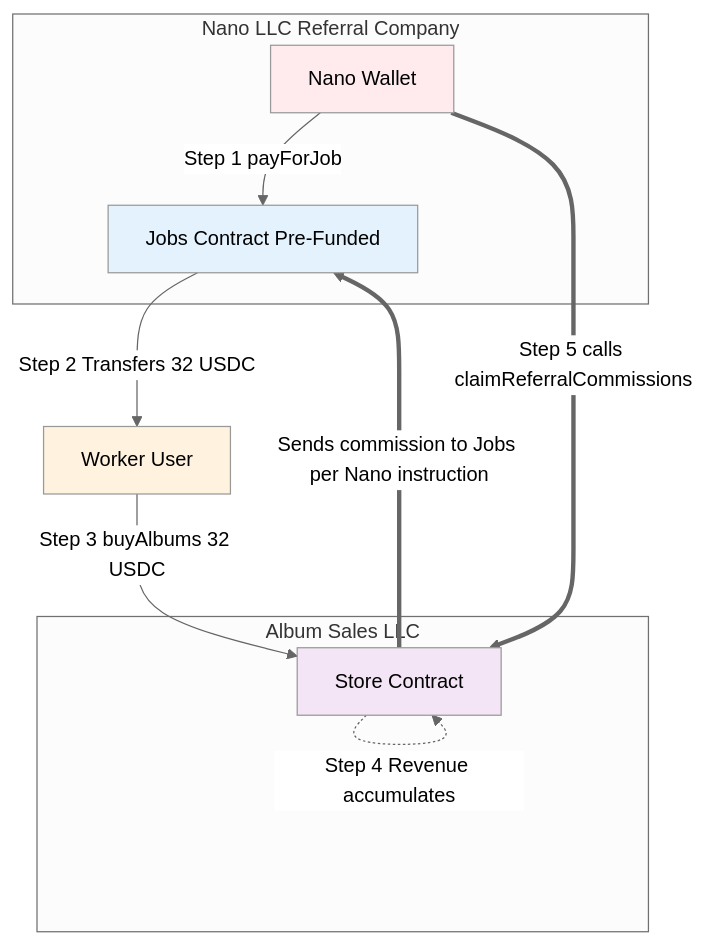
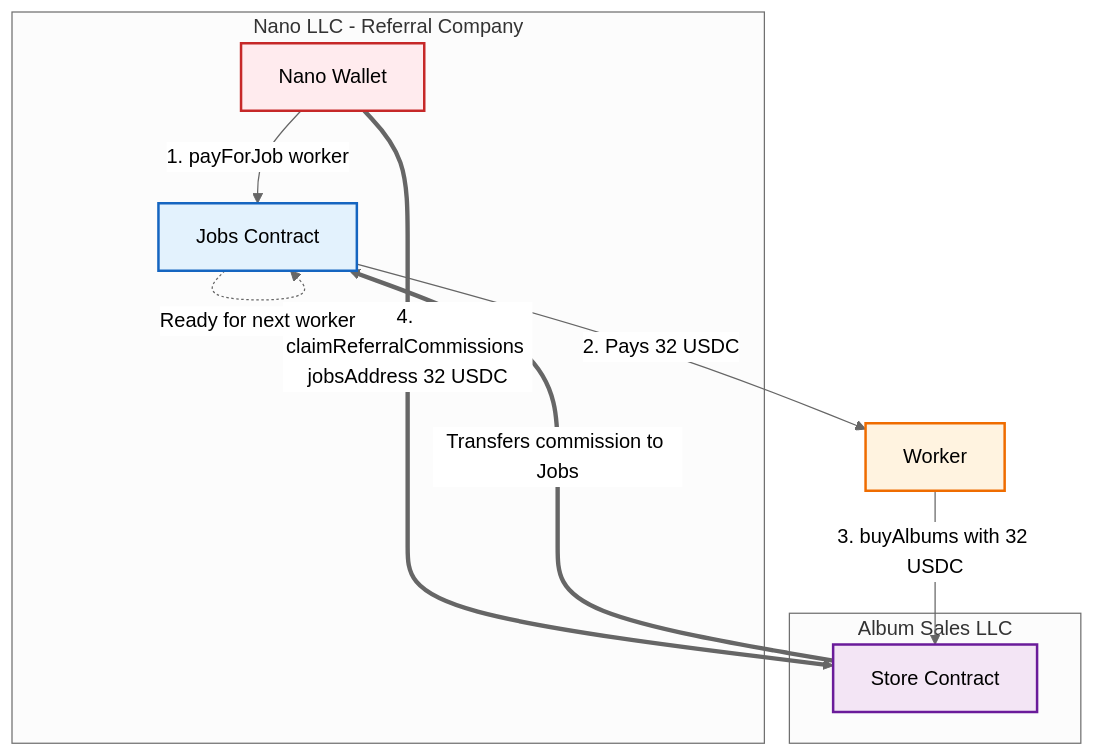
One commit to rowhq/hitmachine changed the diagram in SIMPLE_FLOW.md. Above: the diagram before and after it, drawn with Mermaid (neutral theme).

Commit message:
improve: Simplify and clarify the flow diagram
- Removed redundant 'Revenue accumulates' self-loop
- Simplified step numbering (removed 'Step' prefix)
- Made commission claim more explicit with parameters
- Added subtle 'Ready for next worker' indicator
- Enhanced styling with borders for better visibility
- Cleaner, more professional appearance

````diff
--- a/SIMPLE_FLOW.md
+++ b/SIMPLE_FLOW.md
@@ -19,25 +19,25 @@
 ```mermaid
 flowchart TB
-    subgraph NanoCompany[Nano LLC Referral Company]
+    subgraph NanoLLC[Nano LLC - Referral Company]
         NanoWallet[Nano Wallet]
-        JobsContract[Jobs Contract Pre-Funded]
+        JobsContract[Jobs Contract]
     end
     
-    subgraph AlbumCompany[Album Sales LLC]
+    subgraph AlbumSalesLLC[Album Sales LLC]
         StoreContract[Store Contract]
     end
     
-    Worker[Worker User]
+    Worker[Worker]
     
-    NanoWallet -->|Step 1 payForJob| JobsContract
-    JobsContract -->|Step 2 Transfers 32 USDC| Worker
-    Worker -->|Step 3 buyAlbums 32 USDC| StoreContract
-    StoreContract -.->|Step 4 Revenue accumulates| StoreContract
-    NanoWallet ==>|Step 5 calls claimReferralCommissions| StoreContract
-    StoreContract ==>|Sends commission to Jobs per Nano instruction| JobsContract
+    NanoWallet -->|1. payForJob worker| JobsContract
+    JobsContract -->|2. Pays 32 USDC| Worker
+    Worker -->|3. buyAlbums with 32 USDC| StoreContract
+    NanoWallet ==>|4. claimReferralCommissions jobsAddress 32 USDC| StoreContract
+    StoreContract ==>|Transfers commission to Jobs| JobsContract
+    JobsContract -.->|Ready for next worker| JobsContract
     
-    style NanoWallet fill:#ffebee
-    style JobsContract fill:#e3f2fd
-    style Worker fill:#fff3e0
-    style StoreContract fill:#f3e5f5
+    style NanoWallet fill:#ffebee,stroke:#c62828,stroke-width:2px
+    style JobsContract fill:#e3f2fd,stroke:#1565c0,stroke-width:2px
+    style Worker fill:#fff3e0,stroke:#ef6c00,stroke-width:2px
+    style StoreContract fill:#f3e5f5,stroke:#6a1b9a,stroke-width:2px
 ```
````
